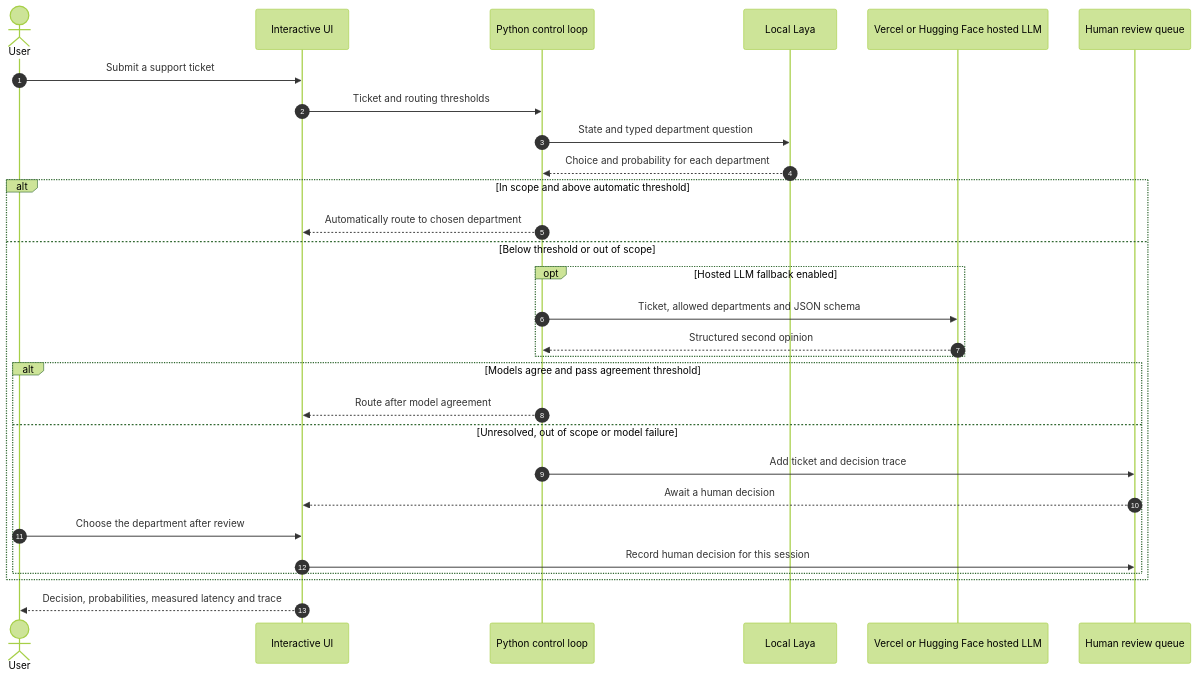
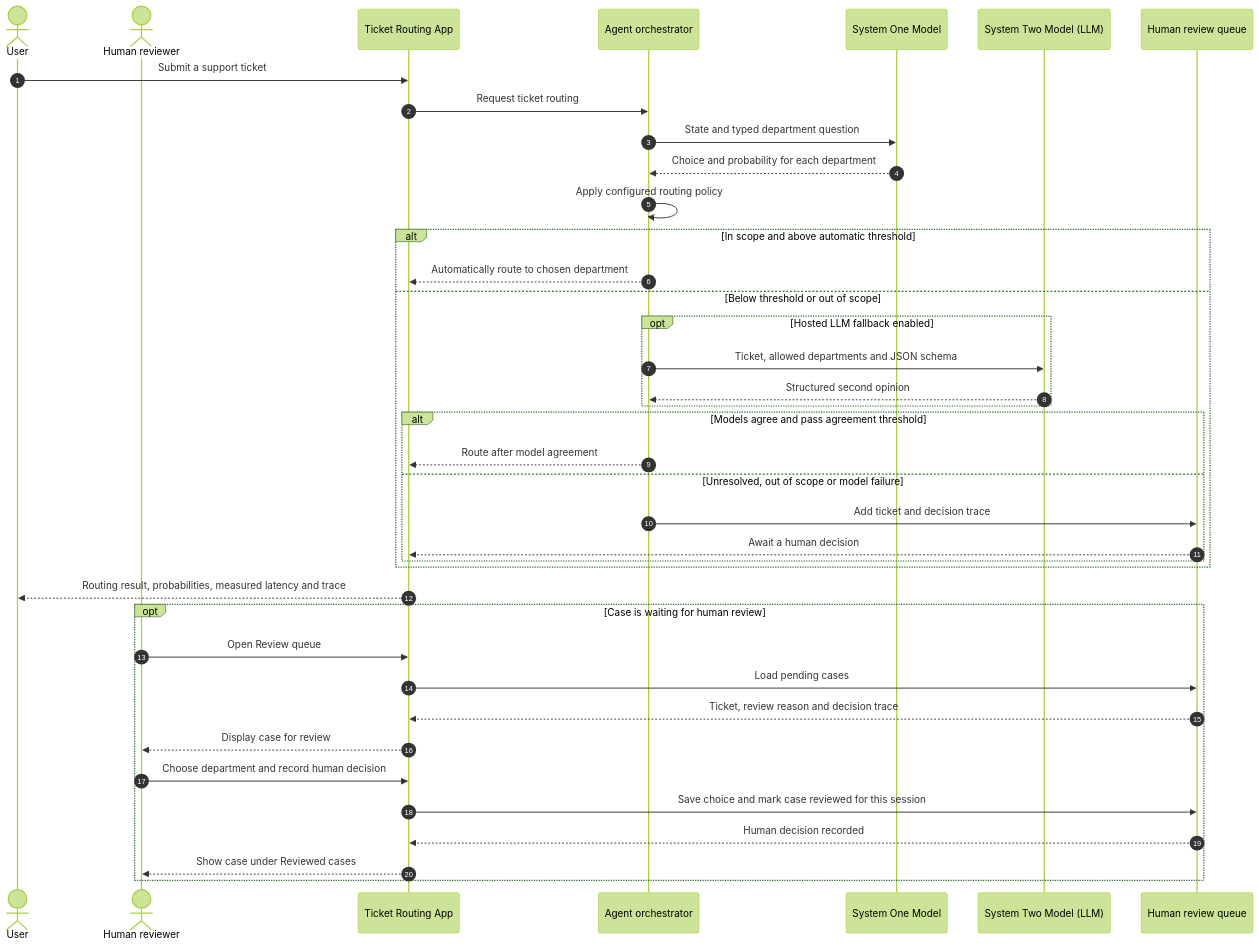
The diagram in README.md (nikhilbhide/decision-router), drawn with Mermaid (forest theme) before and after one commit. The commit also changed other lines of this file, not shown here.

Commit message:
docs: clarify routing sequence and human review workflow

````diff
--- a/README.md
+++ b/README.md
@@ -19,31 +17,41 @@
 ```mermaid
 sequenceDiagram
     autonumber
     actor Owner as User
-    participant UI as Interactive UI
-    participant Control as Python control loop
-    participant SystemOne as Local Laya
-    participant LLM as Vercel or Hugging Face hosted LLM
+    actor Reviewer as Human reviewer
+    participant UI as Ticket Routing App
+    participant Control as Agent orchestrator
+    participant SystemOne as System One Model
+    participant LLM as System Two Model (LLM)
     participant Review as Human review queue
     Owner->>UI: Submit a support ticket
-    UI->>Control: Ticket and routing thresholds
+    UI->>Control: Request ticket routing
     Control->>SystemOne: State and typed department question
     SystemOne-->>Control: Choice and probability for each department
+    Control->>Control: Apply configured routing policy
     alt In scope and above automatic threshold
         Control-->>UI: Automatically route to chosen department
     else Below threshold or out of scope
         opt Hosted LLM fallback enabled
             Control->>LLM: Ticket, allowed departments and JSON schema
             LLM-->>Control: Structured second opinion
         end
         alt Models agree and pass agreement threshold
             Control-->>UI: Route after model agreement
         else Unresolved, out of scope or model failure
             Control->>Review: Add ticket and decision trace
             Review-->>UI: Await a human decision
-            Owner->>UI: Choose the department after review
-            UI->>Review: Record human decision for this session
         end
     end
-    UI-->>Owner: Decision, probabilities, measured latency and trace
+    UI-->>Owner: Routing result, probabilities, measured latency and trace
+    opt Case is waiting for human review
+        Reviewer->>UI: Open Review queue
+        UI->>Review: Load pending cases
+        Review-->>UI: Ticket, review reason and decision trace
+        UI-->>Reviewer: Display case for review
+        Reviewer->>UI: Choose department and record human decision
+        UI->>Review: Save choice and mark case reviewed for this session
+        Review-->>UI: Human decision recorded
+        UI-->>Reviewer: Show case under Reviewed cases
+    end
 ```
````
